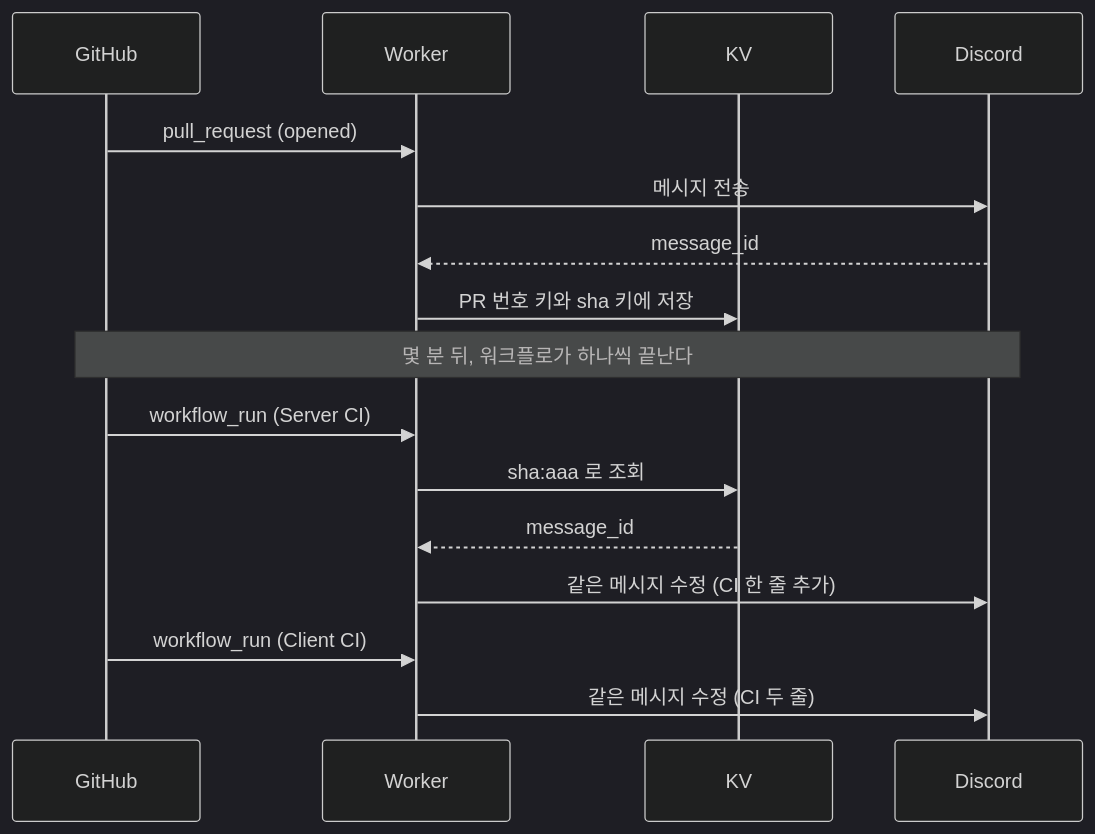
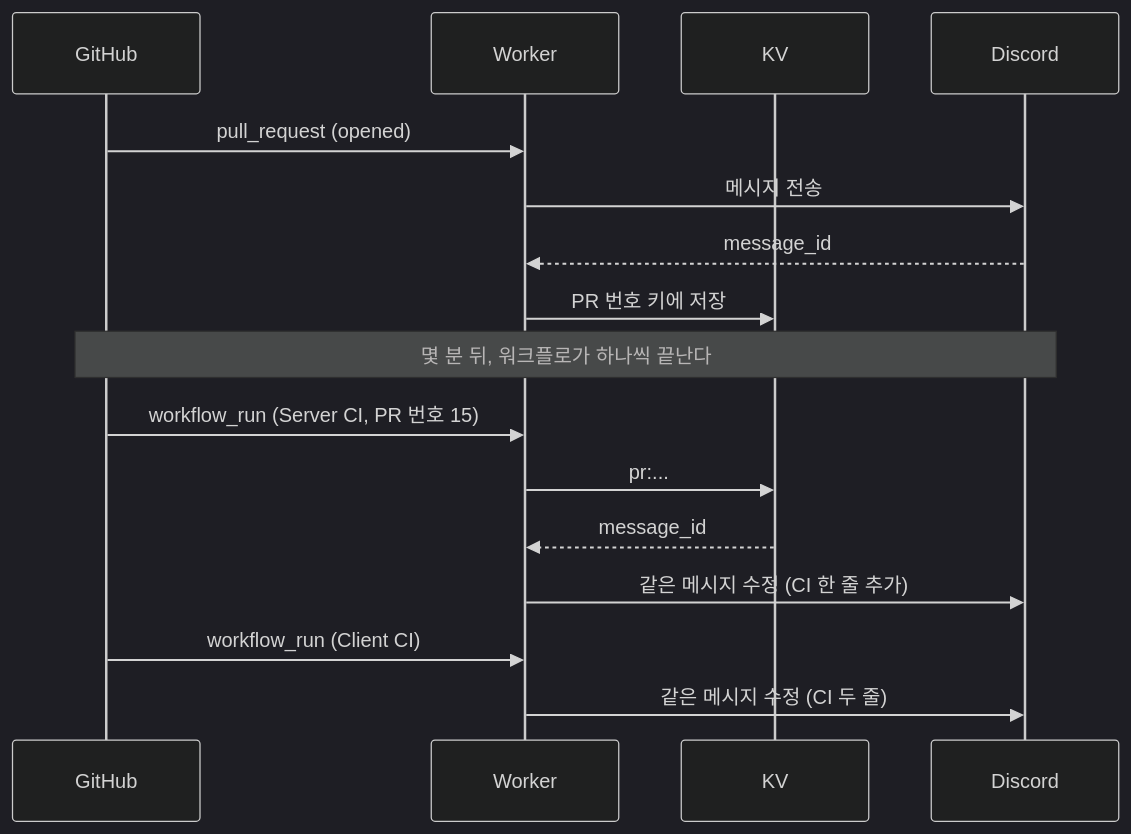
One commit to woowacourse-teams/2026-poudy changed the second of 2 diagrams in infra/discord-worker/README.md. Above: the diagram before and after it, drawn with Mermaid (dark theme). The commit also changed other lines of this file and 4 other files, not shown here.

````diff
--- a/infra/discord-worker/README.md
+++ b/infra/discord-worker/README.md
@@ -88,22 +88,22 @@
 ```mermaid
 sequenceDiagram
   participant GH as GitHub
   participant W as Worker
   participant KV
   participant D as Discord
 
   GH->>W: pull_request (opened)
   W->>D: 메시지 전송
   D-->>W: message_id
-  W->>KV: PR 번호 키와 sha 키에 저장
+  W->>KV: PR 번호 키에 저장
 
   Note over GH,D: 몇 분 뒤, 워크플로가 하나씩 끝난다
 
-  GH->>W: workflow_run (Server CI)
-  W->>KV: sha:aaa 로 조회
+  GH->>W: workflow_run (Server CI, PR 번호 15)
+  W->>KV: pr:...#15 로 조회
   KV-->>W: message_id
   W->>D: 같은 메시지 수정 (CI 한 줄 추가)
 
   GH->>W: workflow_run (Client CI)
   W->>D: 같은 메시지 수정 (CI 두 줄)
 ```
````
